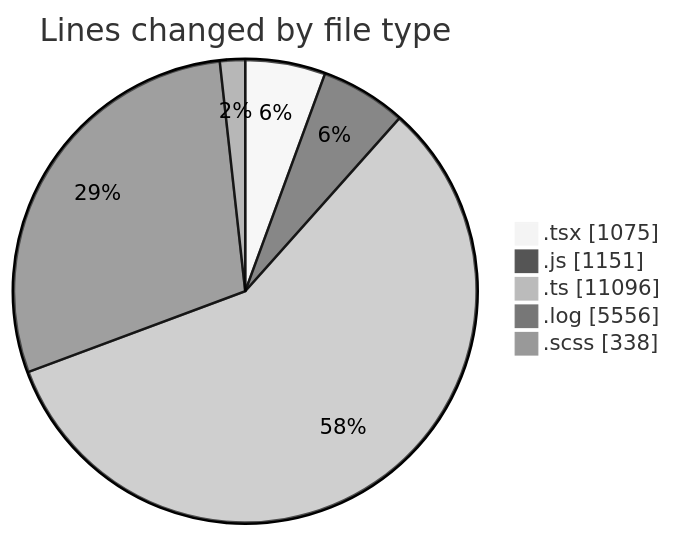
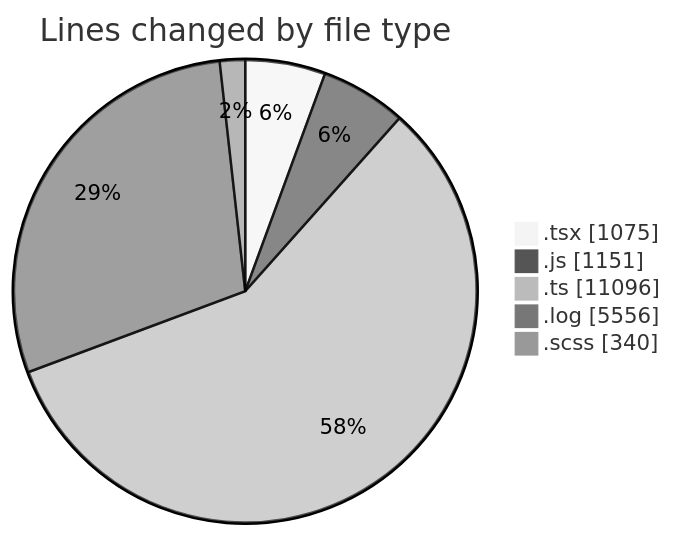
The first of 2 diagrams in 2026-04-09/cda/README.md (momahboobian/code-tracking), drawn with Mermaid (neutral theme) before and after one commit. The commit also changed other lines of this file and 1 other file, not shown here.

````diff
--- a/2026-04-09/cda/README.md
+++ b/2026-04-09/cda/README.md
@@ -32,9 +32,9 @@
 ```mermaid
 pie showData
 title Lines changed by file type
 ".tsx" : 1075
 ".js" : 1151
 ".ts" : 11096
 ".log" : 5556
-".scss" : 338
+".scss" : 340
 ```
````
